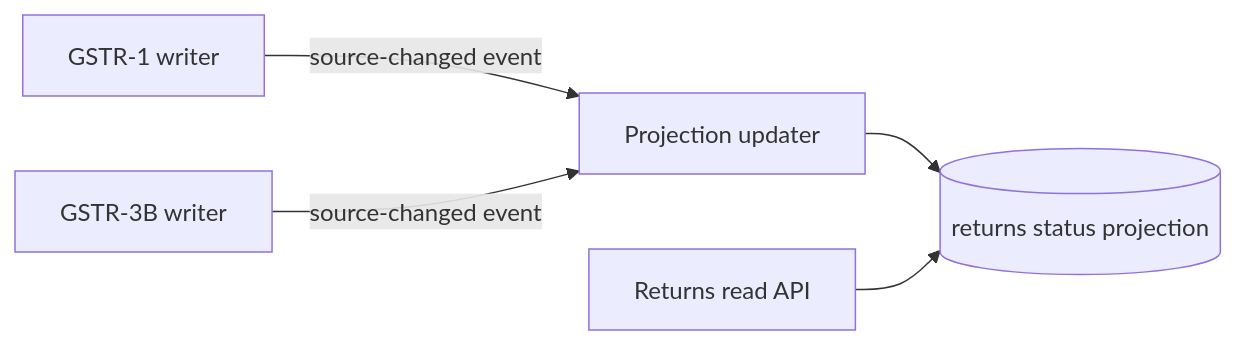
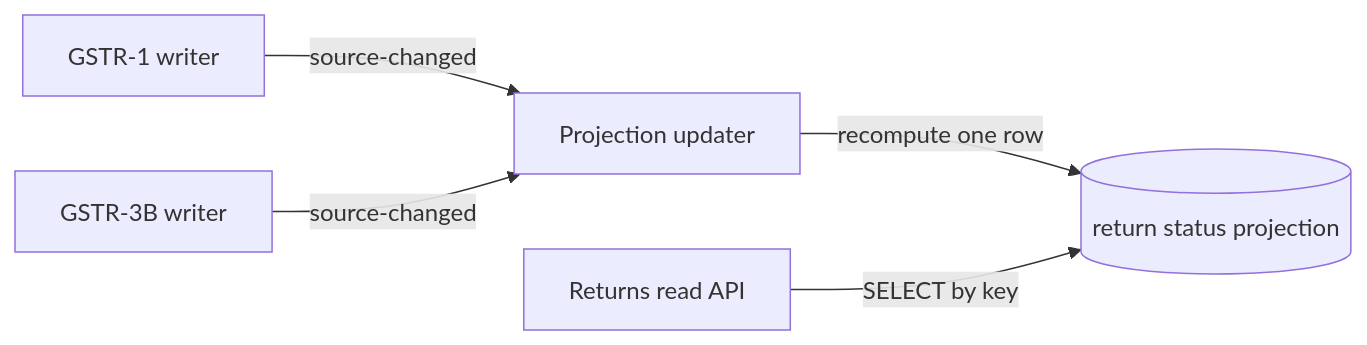
Before and after one commit to Kesh3805/keshav-portfolio: the diagram in content/writing/gst-returns-read-model.mdx, drawn with Mermaid. The commit also changed other lines of this file and 5 other files, not shown here.

````diff
--- a/content/writing/gst-returns-read-model.mdx
+++ b/content/writing/gst-returns-read-model.mdx
@@ -44,7 +52,7 @@
 ```mermaid
 flowchart LR
-  G1[GSTR-1 writer] -->|source-changed event| H[Projection updater]
-  G3[GSTR-3B writer] -->|source-changed event| H
-  H --> P[(returns status projection)]
-  D[Returns read API] --> P
+  G1[GSTR-1 writer] -->|source-changed| H[Projection updater]
+  G3[GSTR-3B writer] -->|source-changed| H
+  H -->|recompute one row| P[(return status projection)]
+  D[Returns read API] -->|SELECT by key| P
 ```
````
